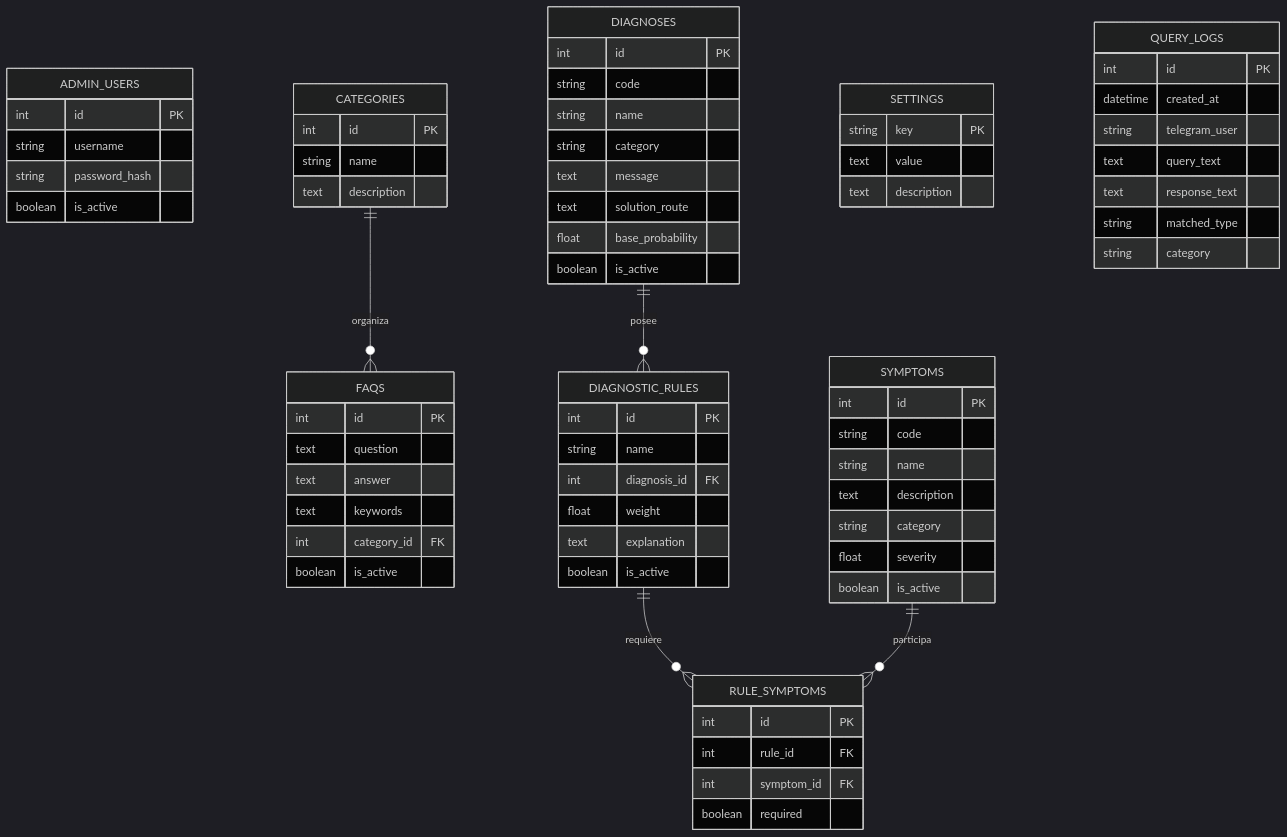
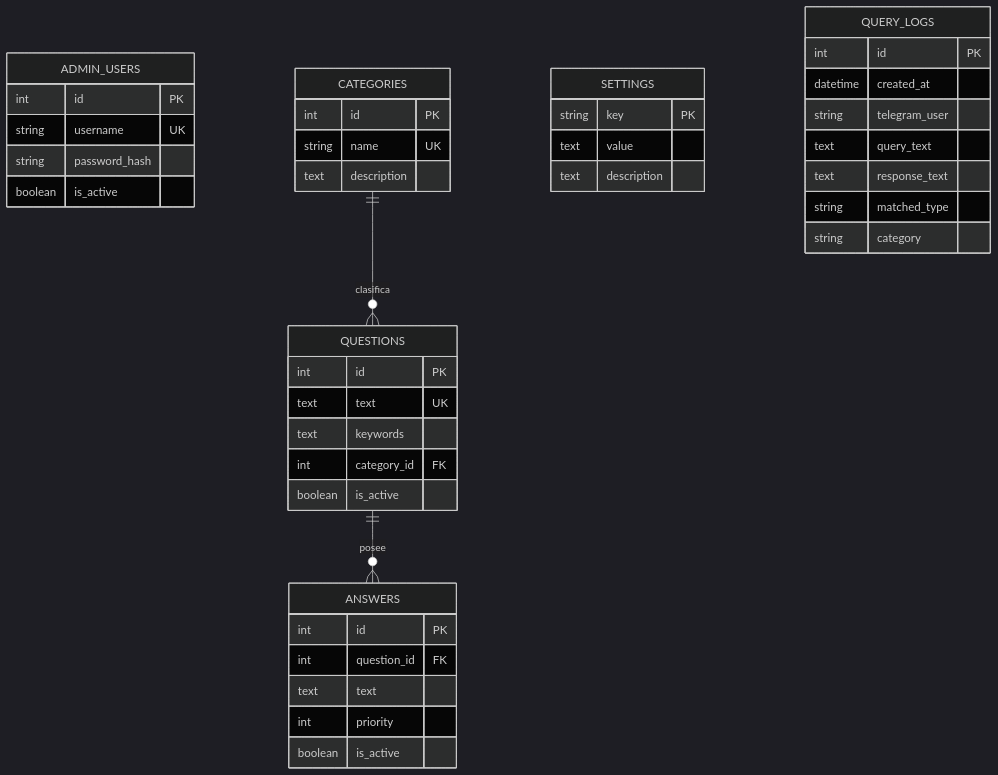
The diagram in practica2/docs/ER.md (Pablo-Fernandez-001/IA1_VACASJUN2026_PABLOFERNANDEZ_201807411), drawn with Mermaid (dark theme) before and after one commit. The commit also changed 102 other files, not shown here.

````diff
--- a/practica2/docs/ER.md
+++ b/practica2/docs/ER.md
@@ -3,74 +3,44 @@
 ```mermaid
 erDiagram
     ADMIN_USERS {
         int id PK
-        string username
+        string username UK
         string password_hash
         boolean is_active
     }
     CATEGORIES {
         int id PK
-        string name
+        string name UK
         text description
     }
-    FAQS {
+    QUESTIONS {
         int id PK
-        text question
-        text answer
+        text text UK
         text keywords
         int category_id FK
         boolean is_active
     }
-    SYMPTOMS {
+    ANSWERS {
         int id PK
-        string code
-        string name
-        text description
-        string category
-        float severity
+        int question_id FK
+        text text
+        int priority
         boolean is_active
-    }
-    DIAGNOSES {
-        int id PK
-        string code
-        string name
-        string category
-        text message
-        text solution_route
-        float base_probability
-        boolean is_active
-    }
-    DIAGNOSTIC_RULES {
-        int id PK
-        string name
-        int diagnosis_id FK
-        float weight
-        text explanation
-        boolean is_active
-    }
-    RULE_SYMPTOMS {
-        int id PK
-        int rule_id FK
-        int symptom_id FK
-        boolean required
     }
     SETTINGS {
         string key PK
         text value
         text description
     }
     QUERY_LOGS {
         int id PK
         datetime created_at
         string telegram_user
         text query_text
         text response_text
         string matched_type
         string category
     }
-
-    CATEGORIES ||--o{ FAQS : organiza
-    DIAGNOSES ||--o{ DIAGNOSTIC_RULES : posee
-    DIAGNOSTIC_RULES ||--o{ RULE_SYMPTOMS : requiere
-    SYMPTOMS ||--o{ RULE_SYMPTOMS : participa
+    CATEGORIES ||--o{ QUESTIONS : clasifica
+    QUESTIONS ||--o{ ANSWERS : posee
 ```
````
